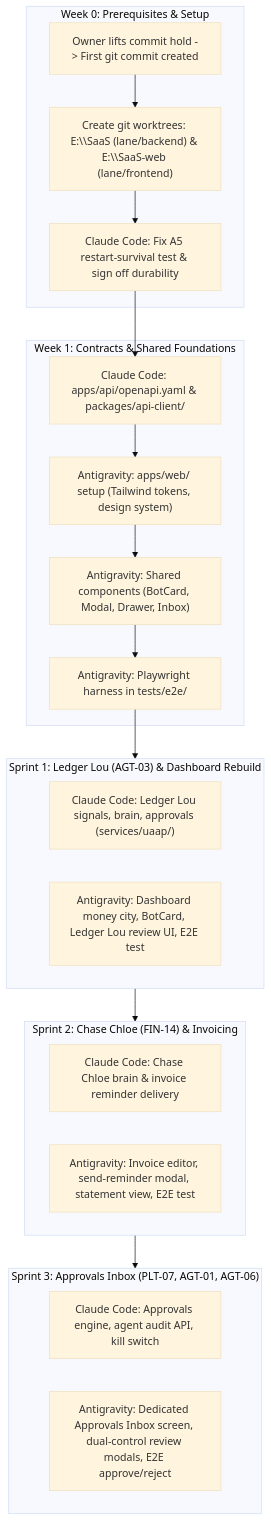
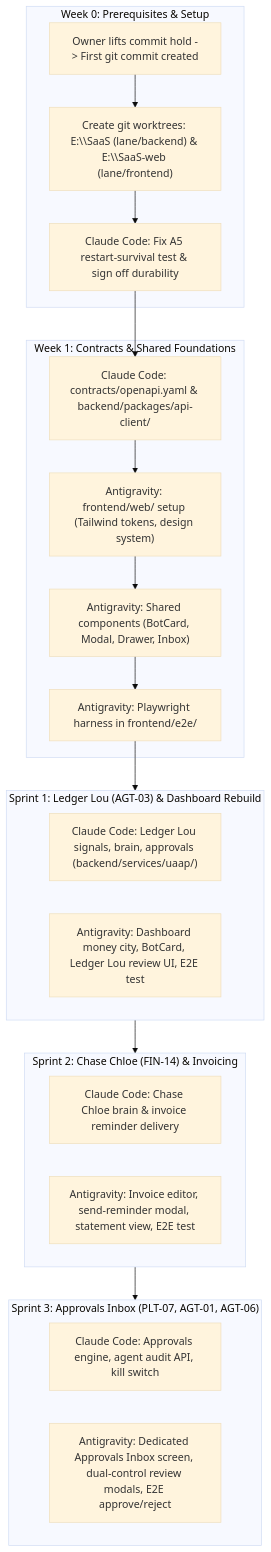
Before and after one commit to qavril-labs/home: the diagram in docs/ai-agent-readiness/BOT_BUILD_PLAN.md, drawn with Mermaid (base theme). The commit also changed other lines of this file and 535 other files, not shown here.

````diff
--- a/docs/ai-agent-readiness/BOT_BUILD_PLAN.md
+++ b/docs/ai-agent-readiness/BOT_BUILD_PLAN.md
@@ -43,40 +43,40 @@
 ```mermaid
 flowchart TD
     subgraph W0["Week 0: Prerequisites & Setup"]
         C0["Owner lifts commit hold -> First git commit created"]
         WT["Create git worktrees: E:\\SaaS (lane/backend) & E:\\SaaS-web (lane/frontend)"]
         F1["Claude Code: Fix A5 restart-survival test & sign off durability"]
     end
 
     subgraph W1["Week 1: Contracts & Shared Foundations"]
-        API["Claude Code: apps/api/openapi.yaml & packages/api-client/"]
-        WEB["Antigravity: apps/web/ setup (Tailwind tokens, design system)"]
+        API["Claude Code: contracts/openapi.yaml & backend/packages/api-client/"]
+        WEB["Antigravity: frontend/web/ setup (Tailwind tokens, design system)"]
         COMP["Antigravity: Shared components (BotCard, Modal, Drawer, Inbox)"]
-        E2E["Antigravity: Playwright harness in tests/e2e/"]
+        E2E["Antigravity: Playwright harness in frontend/e2e/"]
     end
 
     subgraph S1["Sprint 1: Ledger Lou (AGT-03) & Dashboard Rebuild"]
-        LL_BE["Claude Code: Ledger Lou signals, brain, approvals (services/uaap/)"]
+        LL_BE["Claude Code: Ledger Lou signals, brain, approvals (backend/services/uaap/)"]
         LL_FE["Antigravity: Dashboard money city, BotCard, Ledger Lou review UI, E2E test"]
     end
 
     subgraph S2["Sprint 2: Chase Chloe (FIN-14) & Invoicing"]
         CC_BE["Claude Code: Chase Chloe brain & invoice reminder delivery"]
         CC_FE["Antigravity: Invoice editor, send-reminder modal, statement view, E2E test"]
     end
 
     subgraph S3["Sprint 3: Approvals Inbox (PLT-07, AGT-01, AGT-06)"]
         AP_BE["Claude Code: Approvals engine, agent audit API, kill switch"]
         AP_FE["Antigravity: Dedicated Approvals Inbox screen, dual-control review modals, E2E approve/reject"]
     end
 
     C0 --> WT
     WT --> F1
     F1 --> API
     API --> WEB
     WEB --> COMP
     COMP --> E2E
     E2E --> S1
     S1 --> S2
     S2 --> S3
 ```
````
